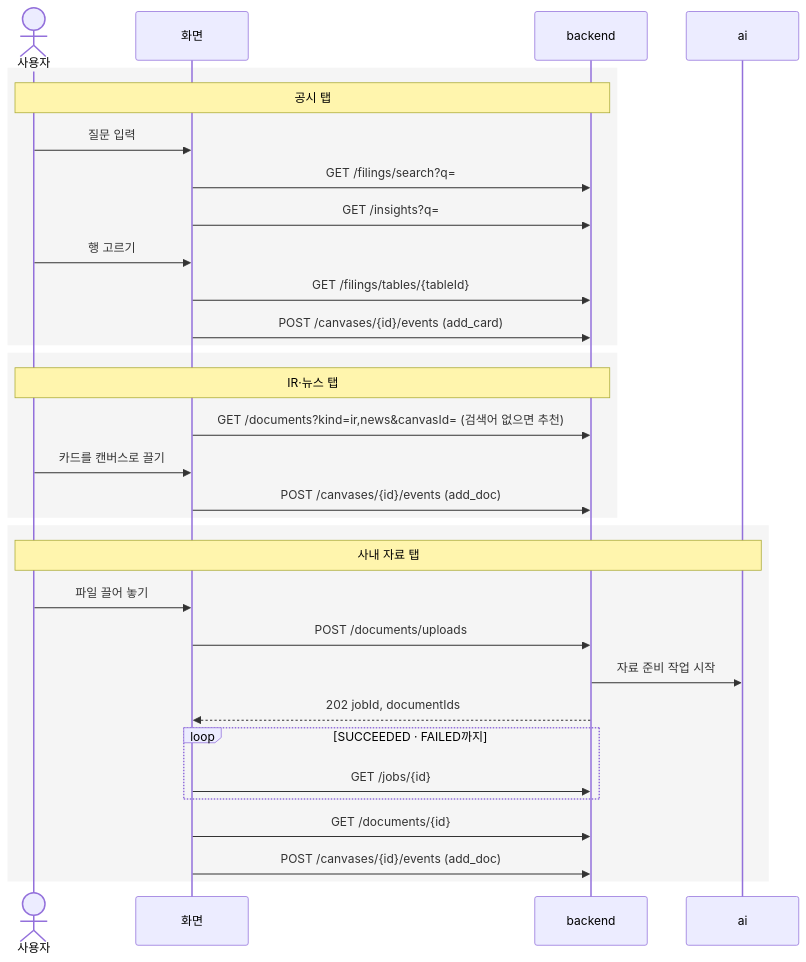
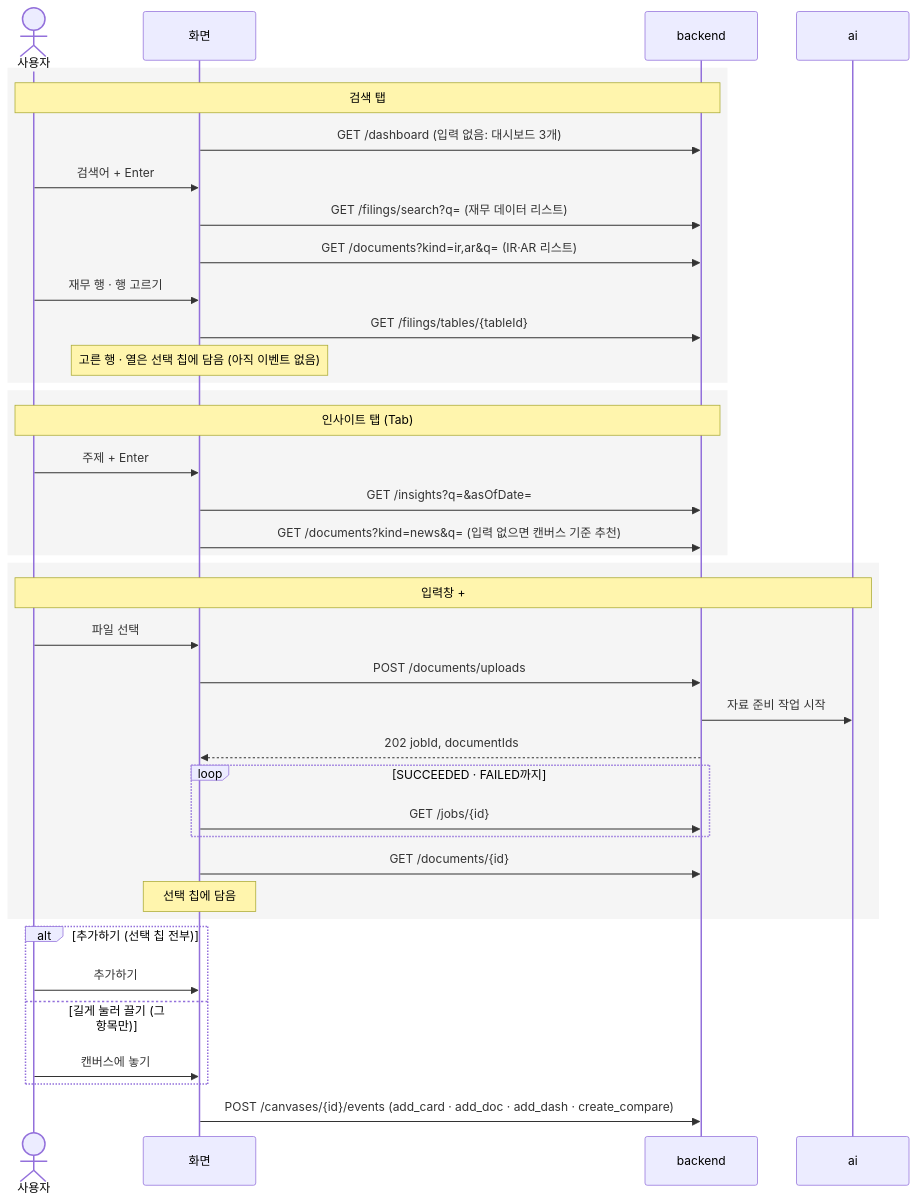
Before and after one commit to vamos-team/telescope: the fifth of 7 diagrams in docs/frontend/api-diagram.md, drawn with Mermaid. The commit also changed other lines of this file and 6 other files, not shown here.

````diff
--- a/docs/frontend/api-diagram.md
+++ b/docs/frontend/api-diagram.md
@@ -130,37 +130,45 @@
 ```mermaid
 sequenceDiagram
   actor U as 사용자
   participant F as 화면
   participant B as backend
   participant A as ai
 
   rect rgba(128,128,128,0.08)
-  Note over U,B: 공시 탭
-  U->>F: 질문 입력
-  F->>B: GET /filings/search?q=
-  F->>B: GET /insights?q=
-  U->>F: 행 고르기
+  Note over U,B: 검색 탭
+  F->>B: GET /dashboard (입력 없음: 대시보드 3개)
+  U->>F: 검색어 + Enter
+  F->>B: GET /filings/search?q= (재무 데이터 리스트)
+  F->>B: GET /documents?kind=ir,ar&q= (IR·AR 리스트)
+  U->>F: 재무 행 · 행 고르기
   F->>B: GET /filings/tables/{tableId}
-  F->>B: POST /canvases/{id}/events (add_card)
+  Note over F: 고른 행 · 열은 선택 칩에 담음 (아직 이벤트 없음)
   end
 
   rect rgba(128,128,128,0.08)
-  Note over U,B: IR·뉴스 탭
-  F->>B: GET /documents?kind=ir,news&canvasId= (검색어 없으면 추천)
-  U->>F: 카드를 캔버스로 끌기
-  F->>B: POST /canvases/{id}/events (add_doc)
+  Note over U,B: 인사이트 탭 (Tab)
+  U->>F: 주제 + Enter
+  F->>B: GET /insights?q=&asOfDate=
+  F->>B: GET /documents?kind=news&q= (입력 없으면 캔버스 기준 추천)
   end
 
   rect rgba(128,128,128,0.08)
-  Note over U,A: 사내 자료 탭
-  U->>F: 파일 끌어 놓기
+  Note over U,A: 입력창 +
+  U->>F: 파일 선택
   F->>B: POST /documents/uploads
   B->>A: 자료 준비 작업 시작
   B-->>F: 202 jobId, documentIds
   loop SUCCEEDED · FAILED까지
     F->>B: GET /jobs/{id}
   end
   F->>B: GET /documents/{id}
-  F->>B: POST /canvases/{id}/events (add_doc)
+  Note over F: 선택 칩에 담음
   end
+
+  alt 추가하기 (선택 칩 전부)
+    U->>F: 추가하기
+  else 길게 눌러 끌기 (그 항목만)
+    U->>F: 캔버스에 놓기
+  end
+  F->>B: POST /canvases/{id}/events (add_card · add_doc · add_dash · create_compare)
 ```
````
